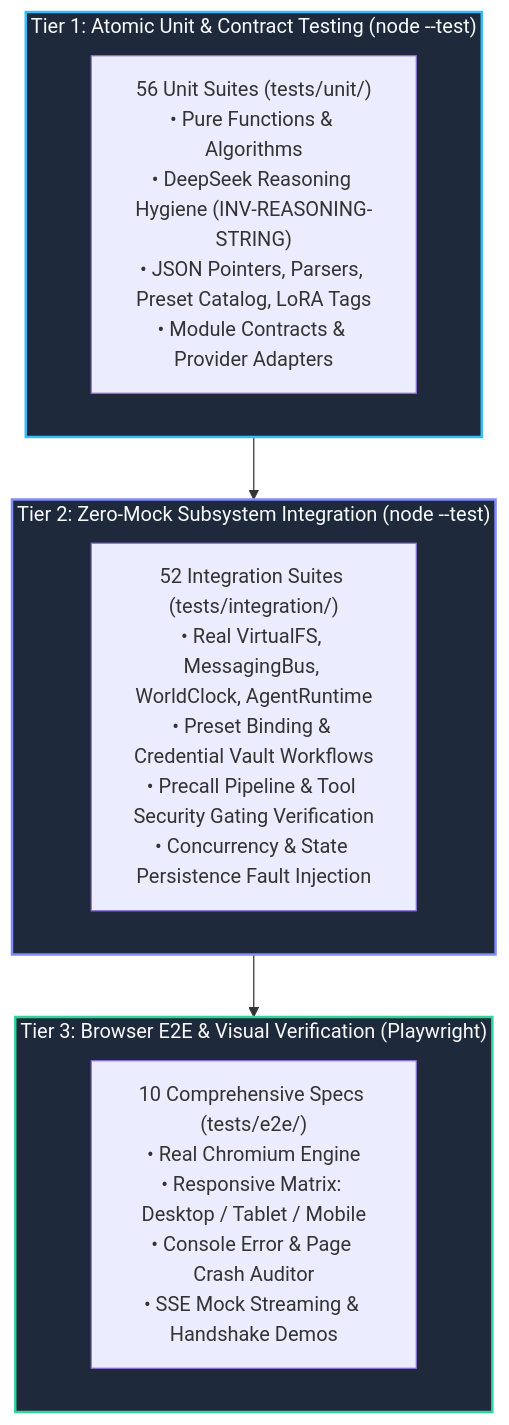
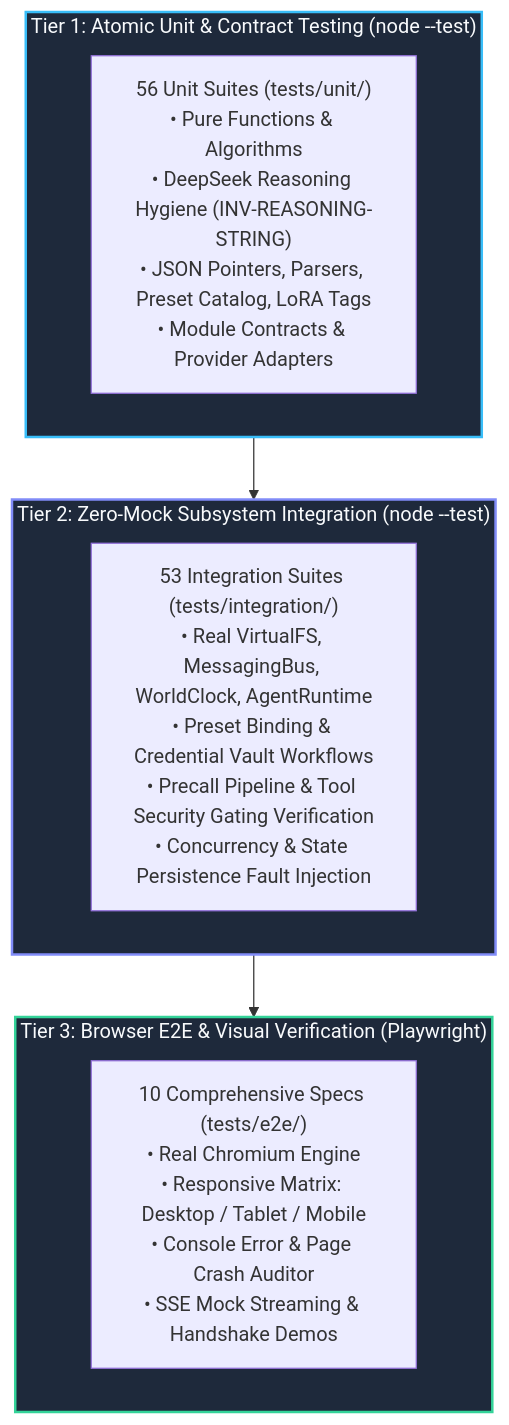
One commit to crestfallnafterdark/nightcurtain changed the first of 3 diagrams in docs/testing/testing_strategy.md. Above: the diagram before and after it, drawn with Mermaid. The commit also changed other lines of this file and 4 other files, not shown here.

````diff
--- a/docs/testing/testing_strategy.md
+++ b/docs/testing/testing_strategy.md
@@ -15,24 +15,24 @@
 ```mermaid
 graph TD
     subgraph L3["Tier 3: Browser E2E & Visual Verification (Playwright)"]
         E2E["10 Comprehensive Specs (tests/e2e/)<br/>• Real Chromium Engine<br/>• Responsive Matrix: Desktop / Tablet / Mobile<br/>• Console Error & Page Crash Auditor<br/>• SSE Mock Streaming & Handshake Demos"]
     end
 
     subgraph L2["Tier 2: Zero-Mock Subsystem Integration (node --test)"]
-        INT["52 Integration Suites (tests/integration/)<br/>• Real VirtualFS, MessagingBus, WorldClock, AgentRuntime<br/>• Preset Binding & Credential Vault Workflows<br/>• Precall Pipeline & Tool Security Gating Verification<br/>• Concurrency & State Persistence Fault Injection"]
+        INT["53 Integration Suites (tests/integration/)<br/>• Real VirtualFS, MessagingBus, WorldClock, AgentRuntime<br/>• Preset Binding & Credential Vault Workflows<br/>• Precall Pipeline & Tool Security Gating Verification<br/>• Concurrency & State Persistence Fault Injection"]
     end
 
     subgraph L1["Tier 1: Atomic Unit & Contract Testing (node --test)"]
         UNIT["56 Unit Suites (tests/unit/)<br/>• Pure Functions & Algorithms<br/>• DeepSeek Reasoning Hygiene (INV-REASONING-STRING)<br/>• JSON Pointers, Parsers, Preset Catalog, LoRA Tags<br/>• Module Contracts & Provider Adapters"]
     end
 
     L1 --> L2
     L2 --> L3
 
     classDef l1 fill:#1e293b,stroke:#38bdf8,stroke-width:2px,color:#f8fafc;
     classDef l2 fill:#1e293b,stroke:#818cf8,stroke-width:2px,color:#f8fafc;
     classDef l3 fill:#1e293b,stroke:#34d399,stroke-width:2px,color:#f8fafc;
     class L1 l1;
     class L2 l2;
     class L3 l3;
 ```
````
